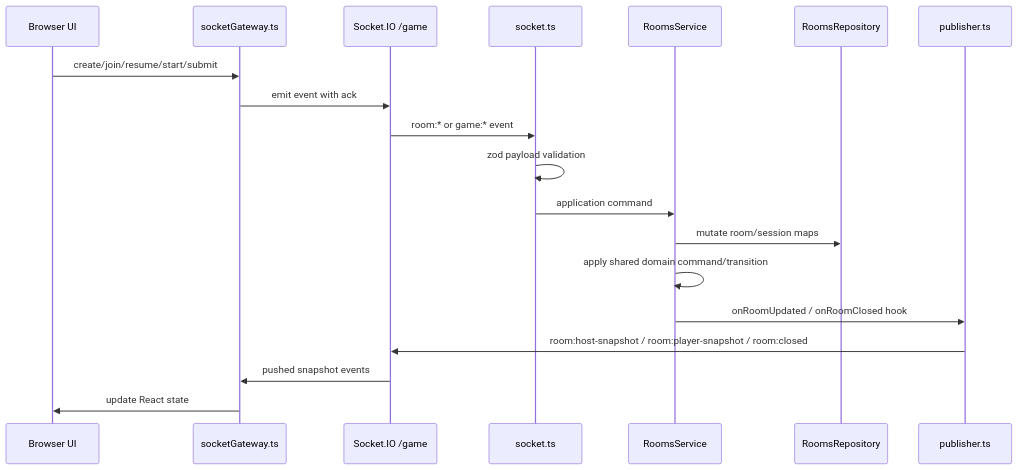
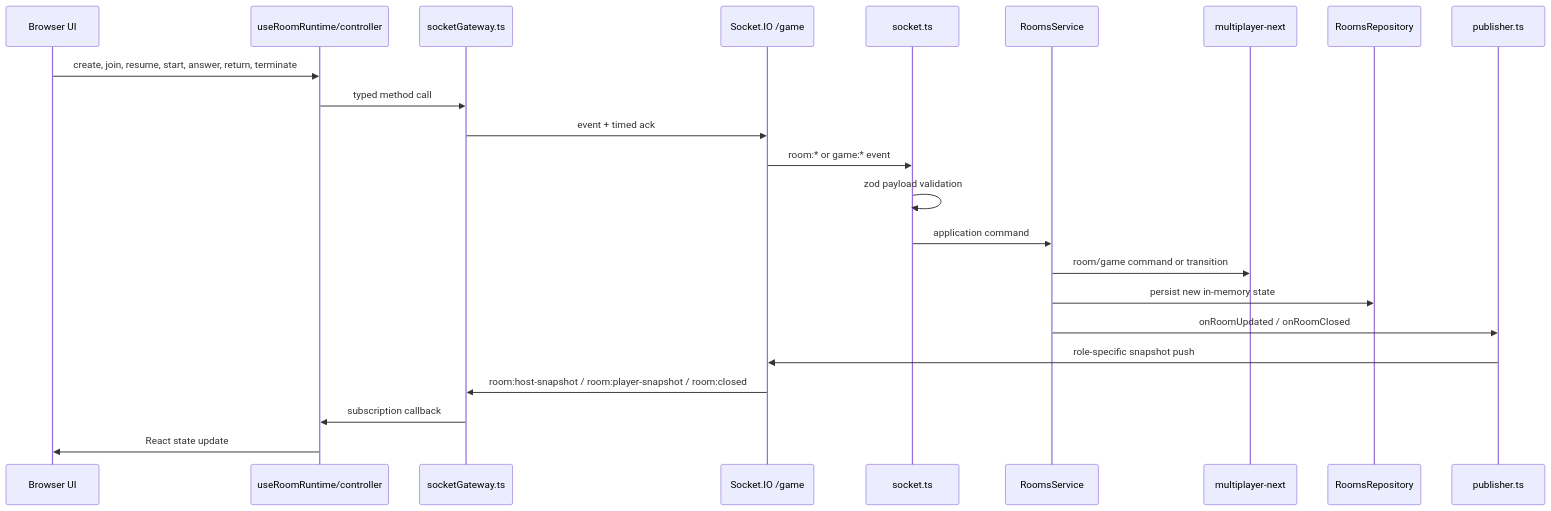
The sixth of 12 diagrams in docs/project-architecture.md (atamuratov07/maptap-game), drawn with Mermaid before and after one commit. The commit also changed other lines of this file and 2 other files, not shown here.

````diff
--- a/docs/project-architecture.md
+++ b/docs/project-architecture.md
@@ -301,22 +270,26 @@
 ```mermaid
 sequenceDiagram
-    participant Browser as Browser UI
+    participant UI as Browser UI
+    participant Runtime as useRoomRuntime/controller
     participant Gateway as socketGateway.ts
     participant Socket as Socket.IO /game
     participant Handlers as socket.ts
     participant Service as RoomsService
+    participant Domain as multiplayer-next
     participant Repo as RoomsRepository
     participant Publisher as publisher.ts
 
-    Browser->>Gateway: create/join/resume/start/submit
-    Gateway->>Socket: emit event with ack
+    UI->>Runtime: create, join, resume, start, answer, return, terminate
+    Runtime->>Gateway: typed method call
+    Gateway->>Socket: event + timed ack
     Socket->>Handlers: room:* or game:* event
     Handlers->>Handlers: zod payload validation
     Handlers->>Service: application command
-    Service->>Repo: mutate room/session maps
-    Service->>Service: apply shared domain command/transition
-    Service->>Publisher: onRoomUpdated / onRoomClosed hook
-    Publisher->>Socket: room:host-snapshot / room:player-snapshot / room:closed
-    Socket->>Gateway: pushed snapshot events
-    Gateway->>Browser: update React state
+    Service->>Domain: room/game command or transition
+    Service->>Repo: persist new in-memory state
+    Service->>Publisher: onRoomUpdated / onRoomClosed
+    Publisher->>Socket: role-specific snapshot push
+    Socket->>Gateway: room:host-snapshot / room:player-snapshot / room:closed
+    Gateway->>Runtime: subscription callback
+    Runtime->>UI: React state update
 ```
````
